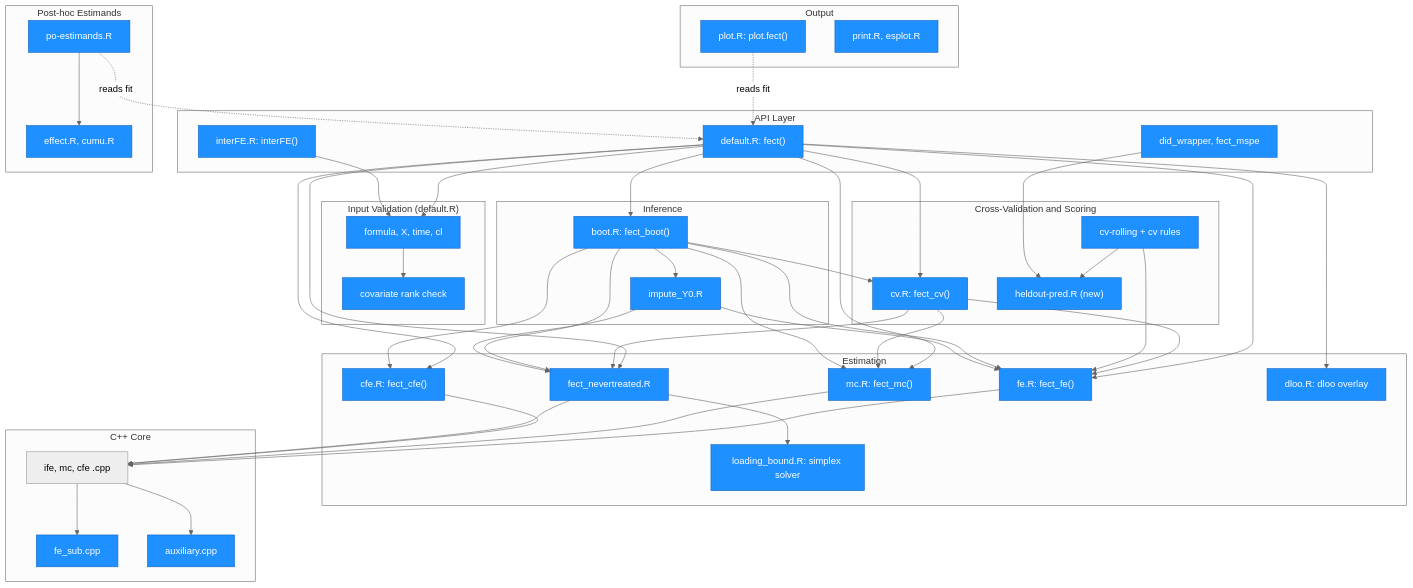
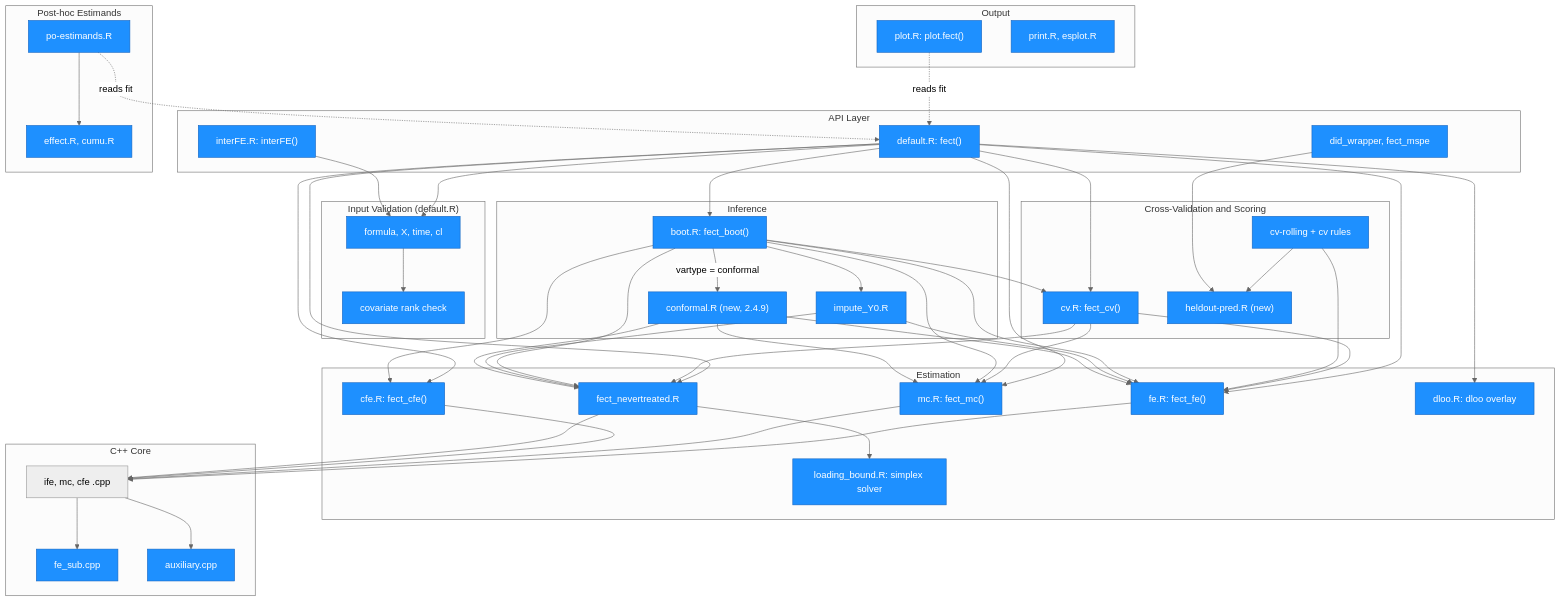
The first of 8 diagrams in ARCHITECTURE.md (xuyiqing/fect), drawn with Mermaid before and after one commit. The commit also changed other lines of this file and 7 other files, not shown here.

Commit message:
docs: conformal in 2.4.9 (Rd, NEWS, vignettes, ARCHITECTURE)

```diff
--- a/ARCHITECTURE.md
+++ b/ARCHITECTURE.md
@@ -86,6 +95,7 @@
     subgraph Inf["Inference"]
         I1["boot.R: fect_boot()"]
         I2["impute_Y0.R"]
+        I3["conformal.R (new, 2.4.9)"]
     end
 
     subgraph Post["Post-hoc Estimands"]
@@ -129,6 +139,10 @@
     I1 --> I2
     I2 --> E1
     I2 --> E4
+    I1 -->|"vartype = conformal"| I3
+    I3 --> E1
+    I3 --> E2
+    I3 --> E4
     P1 --> P2
     P1 -.->|"reads fit"| A1
     O1 -.->|"reads fit"| A1
@@ -155,6 +169,7 @@
     style H1 fill:#1e90ff,stroke:#1565c0,color:#fff
     style I1 fill:#1e90ff,stroke:#1565c0,color:#fff
     style I2 fill:#1e90ff,stroke:#1565c0,color:#fff
+    style I3 fill:#1e90ff,stroke:#1565c0,color:#fff
     style P1 fill:#1e90ff,stroke:#1565c0,color:#fff
     style P2 fill:#1e90ff,stroke:#1565c0,color:#fff
     style O1 fill:#1e90ff,stroke:#1565c0,color:#fff
```
